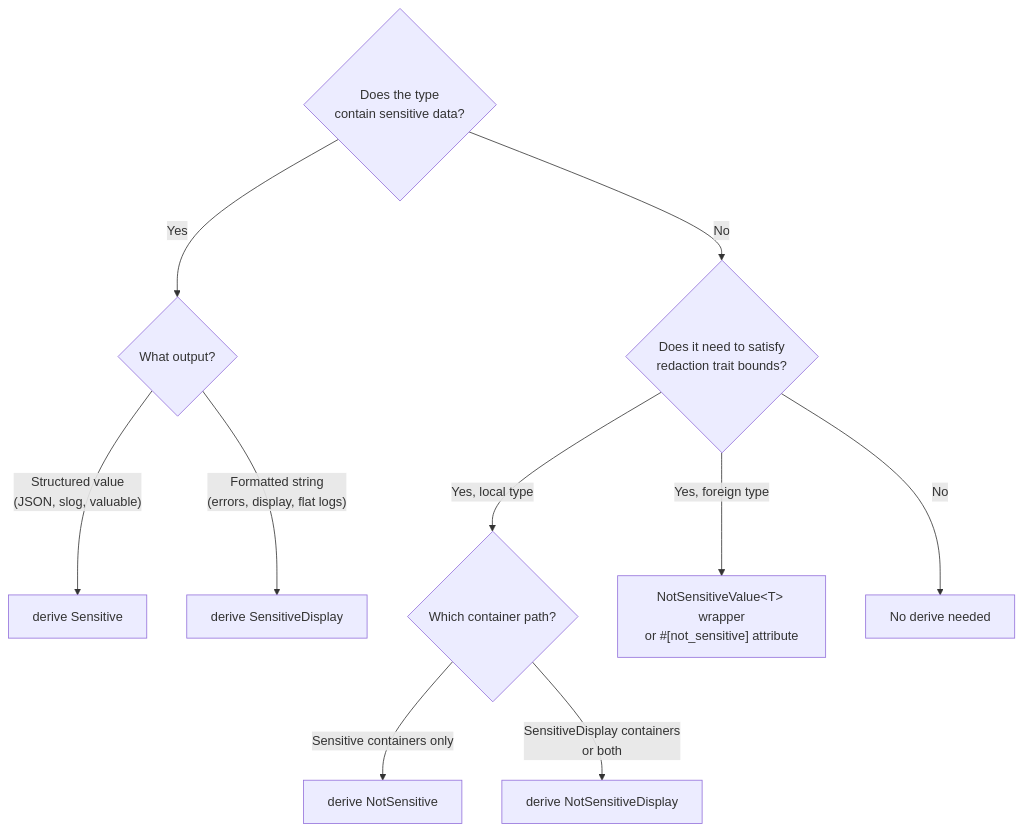
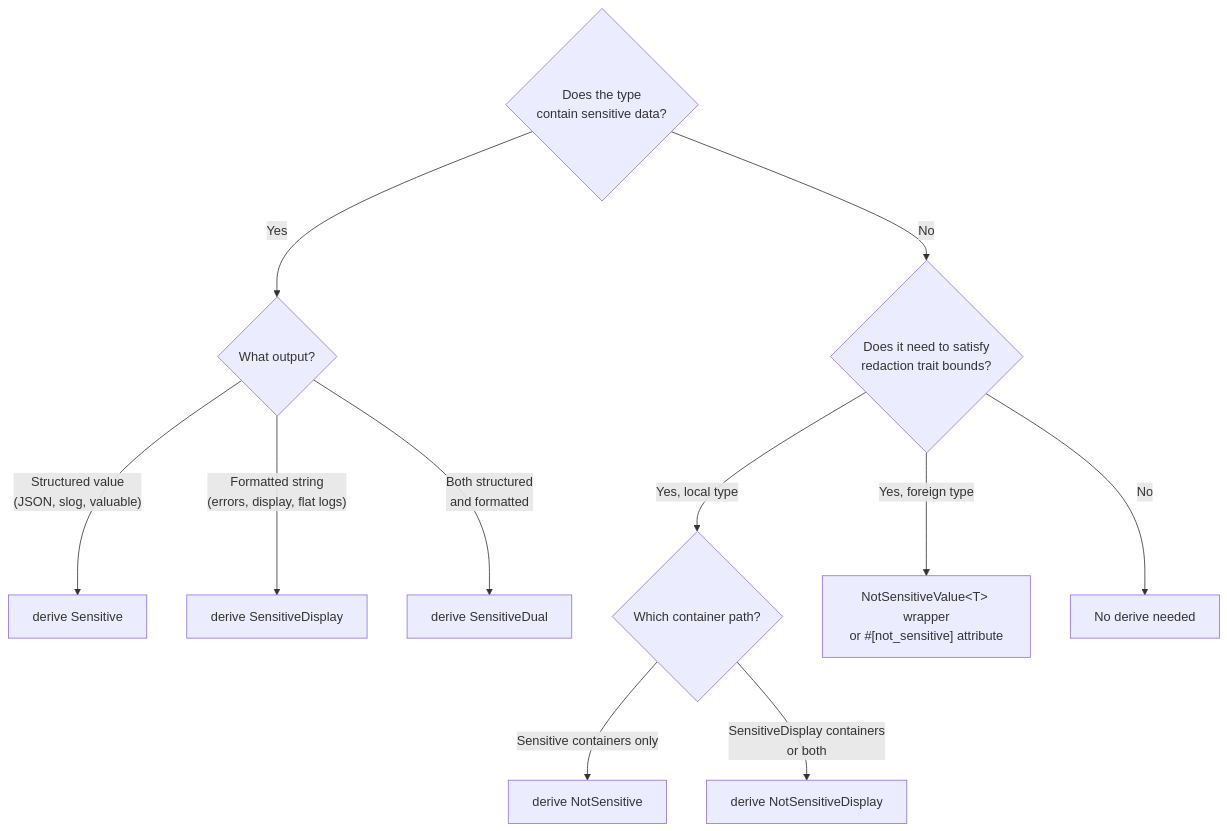
The third of 4 diagrams in README.md (sformisano/redactable), drawn with Mermaid before and after one commit. The commit also changed other lines of this file and 168 other files, not shown here.

````diff
--- a/README.md
+++ b/README.md
@@ -1014,12 +1202,13 @@
 ```mermaid
 flowchart TD
     A{"Does the type<br/>contain sensitive data?"} -- Yes --> B{"What output?"}
     A -- No --> C{"Does it need to satisfy<br/>redaction trait bounds?"}
     B -- "Structured value<br/>(JSON, slog, valuable)" --> D["derive Sensitive"]
     B -- "Formatted string<br/>(errors, display, flat logs)" --> E["derive SensitiveDisplay"]
+    B -- "Both structured<br/>and formatted" --> K["derive SensitiveDual"]
     C -- "Yes, local type" --> F{"Which container path?"}
     C -- "Yes, foreign type" --> G["NotSensitiveValue&lt;T&gt; wrapper<br/>or #[not_sensitive] attribute"]
     C -- No --> H["No derive needed"]
     F -- "Sensitive containers only" --> I["derive NotSensitive"]
     F -- "SensitiveDisplay containers<br/>or both" --> J["derive NotSensitiveDisplay"]
 ```
````
